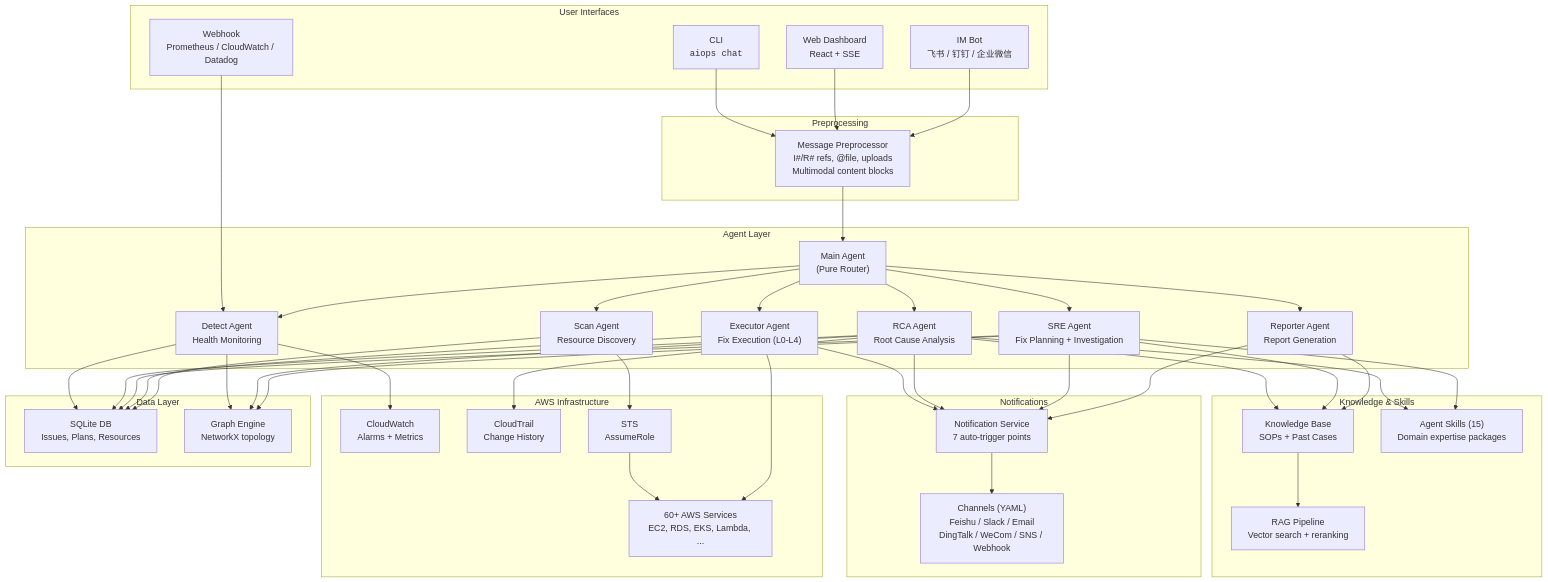
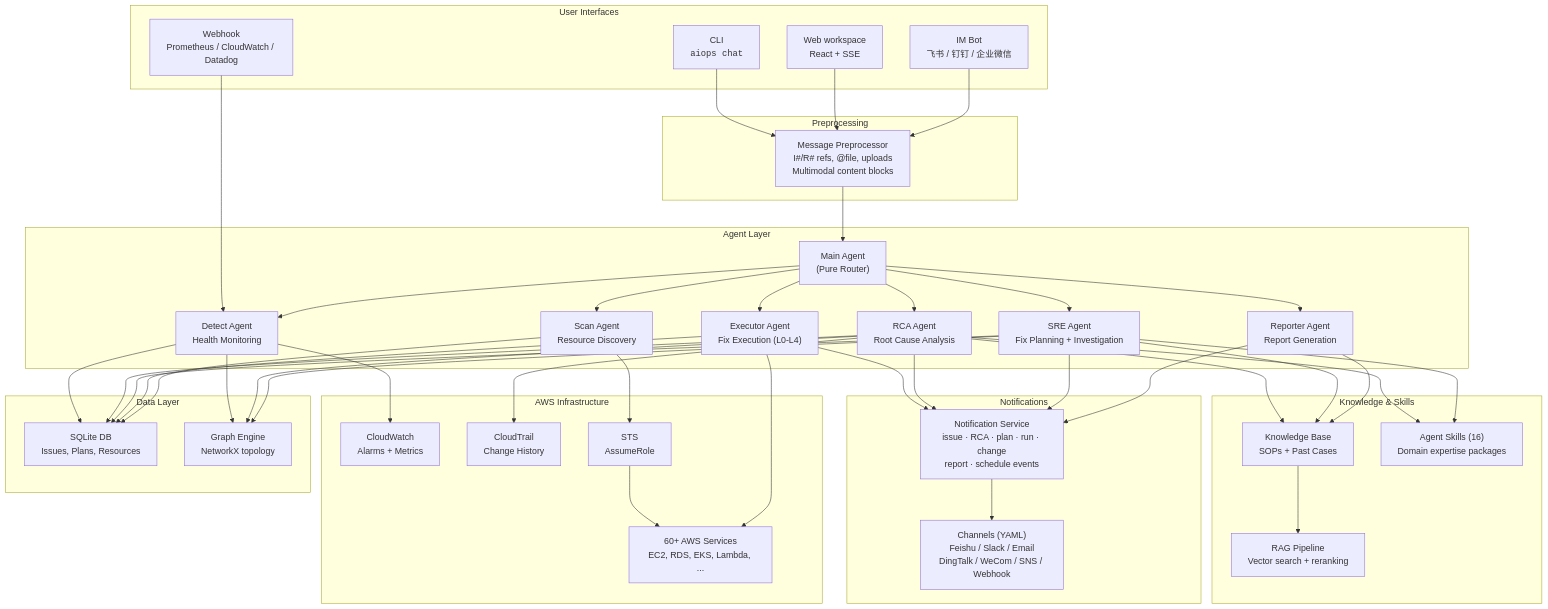
The first of 23 diagrams in docs/WORKFLOW.md (LiboMa/agenticops-chat), drawn with Mermaid before and after one commit. The commit also changed other lines of this file, not shown here.

```diff
--- a/docs/WORKFLOW.md
+++ b/docs/WORKFLOW.md
@@ -35,7 +35,7 @@
 graph TB
     subgraph "User Interfaces"
         CLI["CLI<br/><code>aiops chat</code>"]
-        WEB["Web Dashboard<br/>React + SSE"]
+        WEB["Web workspace<br/>React + SSE"]
         IM["IM Bot<br/>飞书 / 钉钉 / 企业微信"]
         HOOK["Webhook<br/>Prometheus / CloudWatch / Datadog"]
     end
@@ -56,12 +56,12 @@
 
     subgraph "Knowledge & Skills"
         KB["Knowledge Base<br/>SOPs + Past Cases"]
-        SKILLS["Agent Skills (15)<br/>Domain expertise packages"]
+        SKILLS["Agent Skills (16)<br/>Domain expertise packages"]
         RAG["RAG Pipeline<br/>Vector search + reranking"]
     end
 
     subgraph "Notifications"
-        NOTIFY["Notification Service<br/>7 auto-trigger points"]
+        NOTIFY["Notification Service<br/>issue · RCA · plan · run · change<br/>report · schedule events"]
         CHANNELS["Channels (YAML)<br/>Feishu / Slack / Email<br/>DingTalk / WeCom / SNS / Webhook"]
     end
 
```
